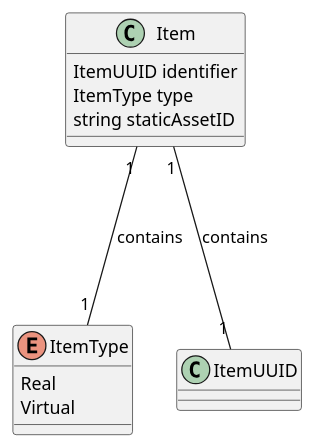
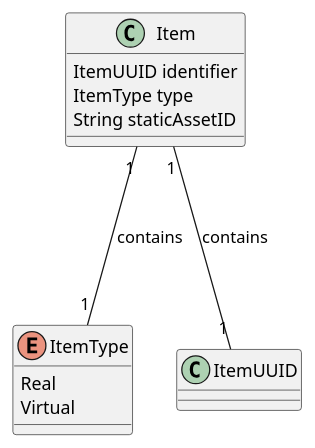
The diagram in src/definitions/item.puml (ShapeLayer/se-lecture-task__project-structure-definitions), drawn with PlantUML before and after one commit. The commit also changed 19 other files, not shown here.

```diff
--- a/src/definitions/item.puml
+++ b/src/definitions/item.puml
@@ -1,15 +1,15 @@
 @startuml
 enum ItemType {
     Real
     Virtual
 }
 
 class Item {
     ItemUUID identifier
     ItemType type
-    string staticAssetID
+    String staticAssetID
 }
 
 Item "1" --- "1" ItemUUID : contains
 Item "1" --- "1" ItemType : contains
 @enduml
```
